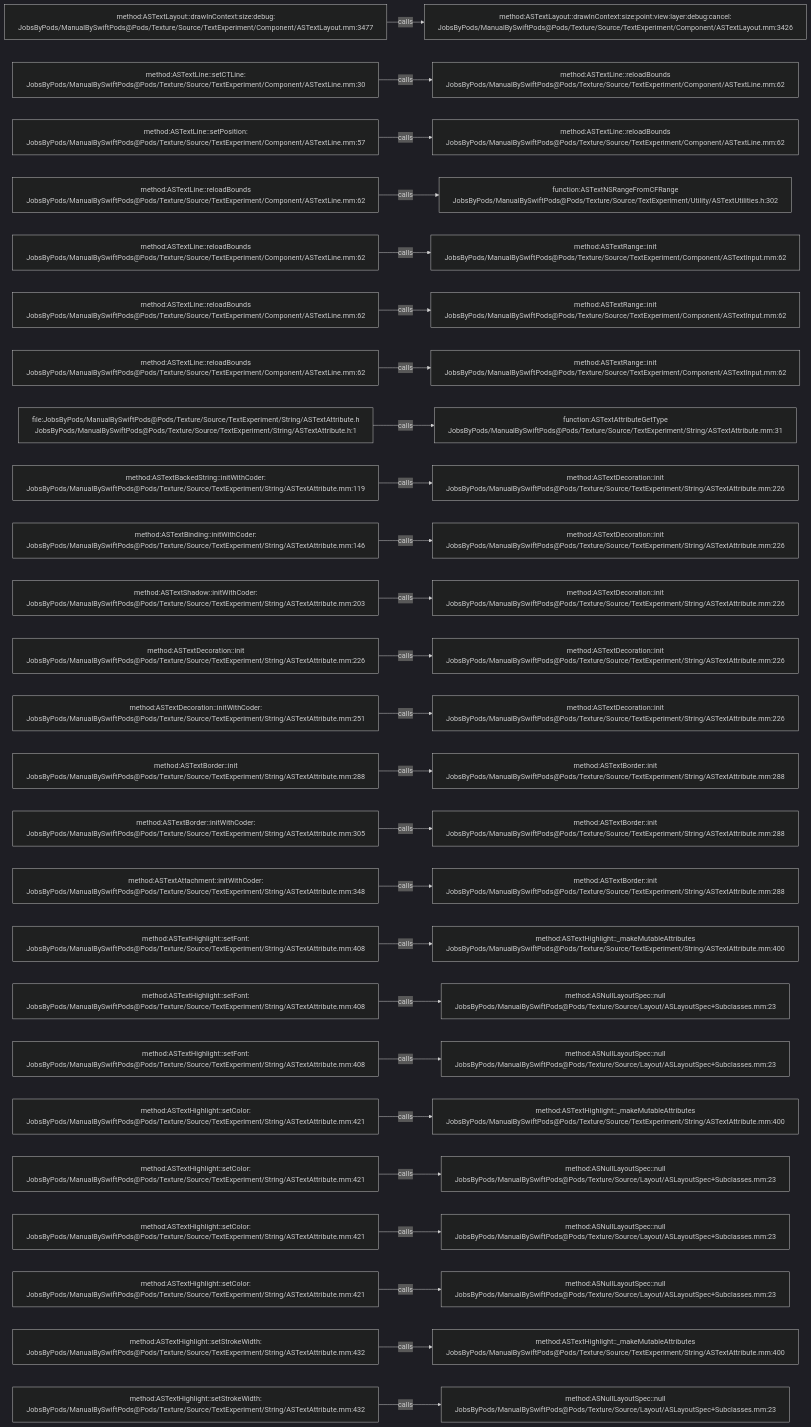
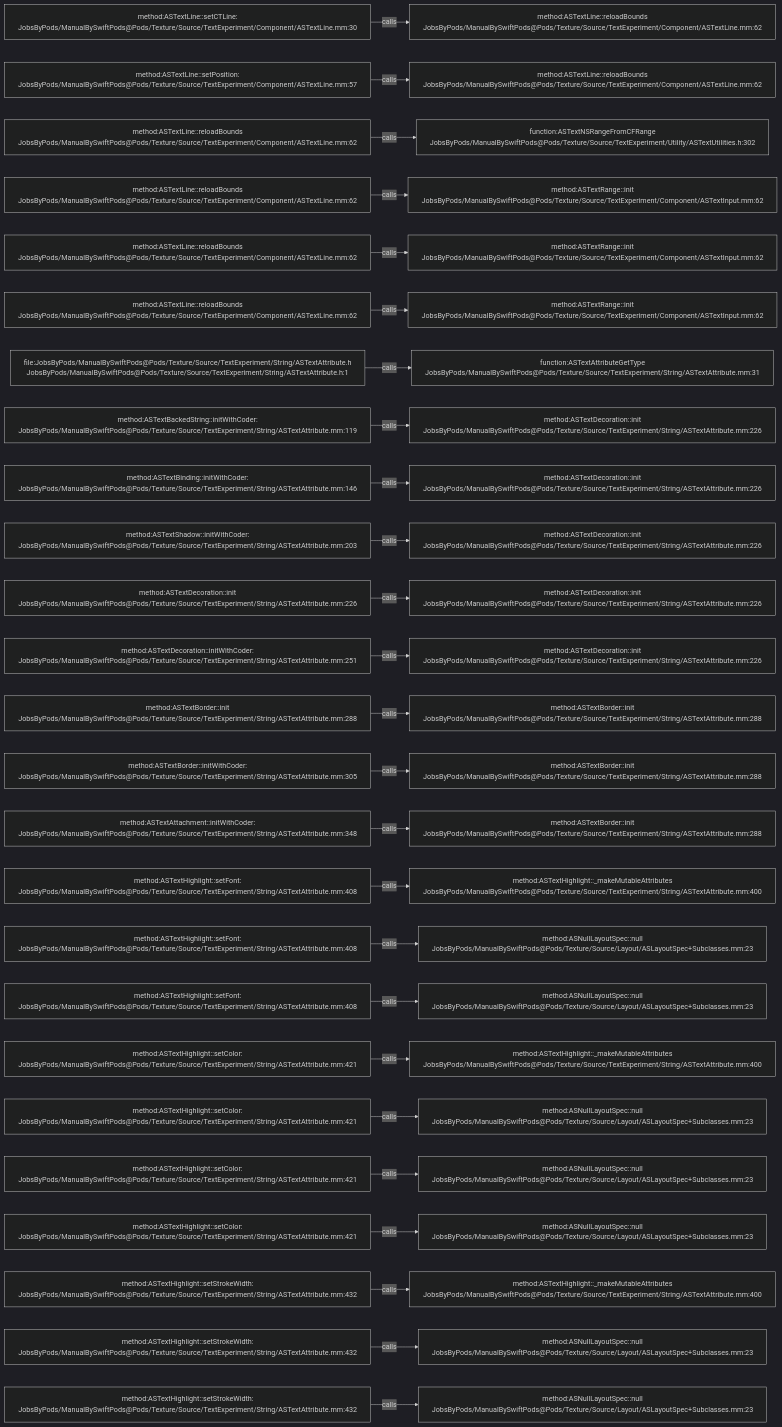
Before and after one commit to JobsKits/JobsSwiftBaseConfigDemo: the diagram in .codegraph/codegraph.md/graphs/calls-138.md, drawn with Mermaid (dark theme). The commit also changed 747 other files, not shown here.

````diff
--- a/.codegraph/codegraph.md/graphs/calls-138.md
+++ b/.codegraph/codegraph.md/graphs/calls-138.md
@@ -13,78 +13,78 @@
 ```mermaid
 flowchart LR
-  S1["method:ASTextLayout::drawInContext:size:debug:<br/>JobsByPods/ManualBySwiftPods@Pods/Texture/Source/TextExperiment/Component/ASTextLayout.mm:3477"]
-  T1["method:ASTextLayout::drawInContext:size:point:view:layer:debug:cancel:<br/>JobsByPods/ManualBySwiftPods@Pods/Texture/Source/TextExperiment/Component/ASTextLayout.mm:3426"]
+  S1["method:ASTextLine::setCTLine:<br/>JobsByPods/ManualBySwiftPods@Pods/Texture/Source/TextExperiment/Component/ASTextLine.mm:30"]
+  T1["method:ASTextLine::reloadBounds<br/>JobsByPods/ManualBySwiftPods@Pods/Texture/Source/TextExperiment/Component/ASTextLine.mm:62"]
   S1 -->|calls| T1
-  S2["method:ASTextLine::setCTLine:<br/>JobsByPods/ManualBySwiftPods@Pods/Texture/Source/TextExperiment/Component/ASTextLine.mm:30"]
+  S2["method:ASTextLine::setPosition:<br/>JobsByPods/ManualBySwiftPods@Pods/Texture/Source/TextExperiment/Component/ASTextLine.mm:57"]
   T2["method:ASTextLine::reloadBounds<br/>JobsByPods/ManualBySwiftPods@Pods/Texture/Source/TextExperiment/Component/ASTextLine.mm:62"]
   S2 -->|calls| T2
-  S3["method:ASTextLine::setPosition:<br/>JobsByPods/ManualBySwiftPods@Pods/Texture/Source/TextExperiment/Component/ASTextLine.mm:57"]
-  T3["method:ASTextLine::reloadBounds<br/>JobsByPods/ManualBySwiftPods@Pods/Texture/Source/TextExperiment/Component/ASTextLine.mm:62"]
+  S3["method:ASTextLine::reloadBounds<br/>JobsByPods/ManualBySwiftPods@Pods/Texture/Source/TextExperiment/Component/ASTextLine.mm:62"]
+  T3["function:ASTextNSRangeFromCFRange<br/>JobsByPods/ManualBySwiftPods@Pods/Texture/Source/TextExperiment/Utility/ASTextUtilities.h:302"]
   S3 -->|calls| T3
   S4["method:ASTextLine::reloadBounds<br/>JobsByPods/ManualBySwiftPods@Pods/Texture/Source/TextExperiment/Component/ASTextLine.mm:62"]
-  T4["function:ASTextNSRangeFromCFRange<br/>JobsByPods/ManualBySwiftPods@Pods/Texture/Source/TextExperiment/Utility/ASTextUtilities.h:302"]
+  T4["method:ASTextRange::init<br/>JobsByPods/ManualBySwiftPods@Pods/Texture/Source/TextExperiment/Component/ASTextInput.mm:62"]
   S4 -->|calls| T4
   S5["method:ASTextLine::reloadBounds<br/>JobsByPods/ManualBySwiftPods@Pods/Texture/Source/TextExperiment/Component/ASTextLine.mm:62"]
   T5["method:ASTextRange::init<br/>JobsByPods/ManualBySwiftPods@Pods/Texture/Source/TextExperiment/Component/ASTextInput.mm:62"]
   S5 -->|calls| T5
   S6["method:ASTextLine::reloadBounds<br/>JobsByPods/ManualBySwiftPods@Pods/Texture/Source/TextExperiment/Component/ASTextLine.mm:62"]
   T6["method:ASTextRange::init<br/>JobsByPods/ManualBySwiftPods@Pods/Texture/Source/TextExperiment/Component/ASTextInput.mm:62"]
   S6 -->|calls| T6
-  S7["method:ASTextLine::reloadBounds<br/>JobsByPods/ManualBySwiftPods@Pods/Texture/Source/TextExperiment/Component/ASTextLine.mm:62"]
-  T7["method:ASTextRange::init<br/>JobsByPods/ManualBySwiftPods@Pods/Texture/Source/TextExperiment/Component/ASTextInput.mm:62"]
+  S7["file:JobsByPods/ManualBySwiftPods@Pods/Texture/Source/TextExperiment/String/ASTextAttribute.h<br/>JobsByPods/ManualBySwiftPods@Pods/Texture/Source/TextExperiment/String/ASTextAttribute.h:1"]
+  T7["function:ASTextAttributeGetType<br/>JobsByPods/ManualBySwiftPods@Pods/Texture/Source/TextExperiment/String/ASTextAttribute.mm:31"]
   S7 -->|calls| T7
-  S8["file:JobsByPods/ManualBySwiftPods@Pods/Texture/Source/TextExperiment/String/ASTextAttribute.h<br/>JobsByPods/ManualBySwiftPods@Pods/Texture/Source/TextExperiment/String/ASTextAttribute.h:1"]
-  T8["function:ASTextAttributeGetType<br/>JobsByPods/ManualBySwiftPods@Pods/Texture/Source/TextExperiment/String/ASTextAttribute.mm:31"]
+  S8["method:ASTextBackedString::initWithCoder:<br/>JobsByPods/ManualBySwiftPods@Pods/Texture/Source/TextExperiment/String/ASTextAttribute.mm:119"]
+  T8["method:ASTextDecoration::init<br/>JobsByPods/ManualBySwiftPods@Pods/Texture/Source/TextExperiment/String/ASTextAttribute.mm:226"]
   S8 -->|calls| T8
-  S9["method:ASTextBackedString::initWithCoder:<br/>JobsByPods/ManualBySwiftPods@Pods/Texture/Source/TextExperiment/String/ASTextAttribute.mm:119"]
+  S9["method:ASTextBinding::initWithCoder:<br/>JobsByPods/ManualBySwiftPods@Pods/Texture/Source/TextExperiment/String/ASTextAttribute.mm:146"]
   T9["method:ASTextDecoration::init<br/>JobsByPods/ManualBySwiftPods@Pods/Texture/Source/TextExperiment/String/ASTextAttribute.mm:226"]
   S9 -->|calls| T9
-  S10["method:ASTextBinding::initWithCoder:<br/>JobsByPods/ManualBySwiftPods@Pods/Texture/Source/TextExperiment/String/ASTextAttribute.mm:146"]
+  S10["method:ASTextShadow::initWithCoder:<br/>JobsByPods/ManualBySwiftPods@Pods/Texture/Source/TextExperiment/String/ASTextAttribute.mm:203"]
   T10["method:ASTextDecoration::init<br/>JobsByPods/ManualBySwiftPods@Pods/Texture/Source/TextExperiment/String/ASTextAttribute.mm:226"]
   S10 -->|calls| T10
-  S11["method:ASTextShadow::initWithCoder:<br/>JobsByPods/ManualBySwiftPods@Pods/Texture/Source/TextExperiment/String/ASTextAttribute.mm:203"]
+  S11["method:ASTextDecoration::init<br/>JobsByPods/ManualBySwiftPods@Pods/Texture/Source/TextExperiment/String/ASTextAttribute.mm:226"]
   T11["method:ASTextDecoration::init<br/>JobsByPods/ManualBySwiftPods@Pods/Texture/Source/TextExperiment/String/ASTextAttribute.mm:226"]
   S11 -->|calls| T11
-  S12["method:ASTextDecoration::init<br/>JobsByPods/ManualBySwiftPods@Pods/Texture/Source/TextExperiment/String/ASTextAttribute.mm:226"]
+  S12["method:ASTextDecoration::initWithCoder:<br/>JobsByPods/ManualBySwiftPods@Pods/Texture/Source/TextExperiment/String/ASTextAttribute.mm:251"]
   T12["method:ASTextDecoration::init<br/>JobsByPods/ManualBySwiftPods@Pods/Texture/Source/TextExperiment/String/ASTextAttribute.mm:226"]
   S12 -->|calls| T12
-  S13["method:ASTextDecoration::initWithCoder:<br/>JobsByPods/ManualBySwiftPods@Pods/Texture/Source/TextExperiment/String/ASTextAttribute.mm:251"]
-  T13["method:ASTextDecoration::init<br/>JobsByPods/ManualBySwiftPods@Pods/Texture/Source/TextExperiment/String/ASTextAttribute.mm:226"]
+  S13["method:ASTextBorder::init<br/>JobsByPods/ManualBySwiftPods@Pods/Texture/Source/TextExperiment/String/ASTextAttribute.mm:288"]
+  T13["method:ASTextBorder::init<br/>JobsByPods/ManualBySwiftPods@Pods/Texture/Source/TextExperiment/String/ASTextAttribute.mm:288"]
   S13 -->|calls| T13
-  S14["method:ASTextBorder::init<br/>JobsByPods/ManualBySwiftPods@Pods/Texture/Source/TextExperiment/String/ASTextAttribute.mm:288"]
+  S14["method:ASTextBorder::initWithCoder:<br/>JobsByPods/ManualBySwiftPods@Pods/Texture/Source/TextExperiment/String/ASTextAttribute.mm:305"]
   T14["method:ASTextBorder::init<br/>JobsByPods/ManualBySwiftPods@Pods/Texture/Source/TextExperiment/String/ASTextAttribute.mm:288"]
   S14 -->|calls| T14
-  S15["method:ASTextBorder::initWithCoder:<br/>JobsByPods/ManualBySwiftPods@Pods/Texture/Source/TextExperiment/String/ASTextAttribute.mm:305"]
+  S15["method:ASTextAttachment::initWithCoder:<br/>JobsByPods/ManualBySwiftPods@Pods/Texture/Source/TextExperiment/String/ASTextAttribute.mm:348"]
   T15["method:ASTextBorder::init<br/>JobsByPods/ManualBySwiftPods@Pods/Texture/Source/TextExperiment/String/ASTextAttribute.mm:288"]
   S15 -->|calls| T15
-  S16["method:ASTextAttachment::initWithCoder:<br/>JobsByPods/ManualBySwiftPods@Pods/Texture/Source/TextExperiment/String/ASTextAttribute.mm:348"]
-  T16["method:ASTextBorder::init<br/>JobsByPods/ManualBySwiftPods@Pods/Texture/Source/TextExperiment/String/ASTextAttribute.mm:288"]
+  S16["method:ASTextHighlight::setFont:<br/>JobsByPods/ManualBySwiftPods@Pods/Texture/Source/TextExperiment/String/ASTextAttribute.mm:408"]
+  T16["method:ASTextHighlight::_makeMutableAttributes<br/>JobsByPods/ManualBySwiftPods@Pods/Texture/Source/TextExperiment/String/ASTextAttribute.mm:400"]
   S16 -->|calls| T16
   S17["method:ASTextHighlight::setFont:<br/>JobsByPods/ManualBySwiftPods@Pods/Texture/Source/TextExperiment/String/ASTextAttribute.mm:408"]
-  T17["method:ASTextHighlight::_makeMutableAttributes<br/>JobsByPods/ManualBySwiftPods@Pods/Texture/Source/TextExperiment/String/ASTextAttribute.mm:400"]
+  T17["method:ASNullLayoutSpec::null<br/>JobsByPods/ManualBySwiftPods@Pods/Texture/Source/Layout/ASLayoutSpec+Subclasses.mm:23"]
   S17 -->|calls| T17
   S18["method:ASTextHighlight::setFont:<br/>JobsByPods/ManualBySwiftPods@Pods/Texture/Source/TextExperiment/String/ASTextAttribute.mm:408"]
   T18["method:ASNullLayoutSpec::null<br/>JobsByPods/ManualBySwiftPods@Pods/Texture/Source/Layout/ASLayoutSpec+Subclasses.mm:23"]
   S18 -->|calls| T18
-  S19["method:ASTextHighlight::setFont:<br/>JobsByPods/ManualBySwiftPods@Pods/Texture/Source/TextExperiment/String/ASTextAttribute.mm:408"]
-  T19["method:ASNullLayoutSpec::null<br/>JobsByPods/ManualBySwiftPods@Pods/Texture/Source/Layout/ASLayoutSpec+Subclasses.mm:23"]
+  S19["method:ASTextHighlight::setColor:<br/>JobsByPods/ManualBySwiftPods@Pods/Texture/Source/TextExperiment/String/ASTextAttribute.mm:421"]
+  T19["method:ASTextHighlight::_makeMutableAttributes<br/>JobsByPods/ManualBySwiftPods@Pods/Texture/Source/TextExperiment/String/ASTextAttribute.mm:400"]
   S19 -->|calls| T19
   S20["method:ASTextHighlight::setColor:<br/>JobsByPods/ManualBySwiftPods@Pods/Texture/Source/TextExperiment/String/ASTextAttribute.mm:421"]
-  T20["method:ASTextHighlight::_makeMutableAttributes<br/>JobsByPods/ManualBySwiftPods@Pods/Texture/Source/TextExperiment/String/ASTextAttribute.mm:400"]
+  T20["method:ASNullLayoutSpec::null<br/>JobsByPods/ManualBySwiftPods@Pods/Texture/Source/Layout/ASLayoutSpec+Subclasses.mm:23"]
   S20 -->|calls| T20
   S21["method:ASTextHighlight::setColor:<br/>JobsByPods/ManualBySwiftPods@Pods/Texture/Source/TextExperiment/String/ASTextAttribute.mm:421"]
   T21["method:ASNullLayoutSpec::null<br/>JobsByPods/ManualBySwiftPods@Pods/Texture/Source/Layout/ASLayoutSpec+Subclasses.mm:23"]
   S21 -->|calls| T21
   S22["method:ASTextHighlight::setColor:<br/>JobsByPods/ManualBySwiftPods@Pods/Texture/Source/TextExperiment/String/ASTextAttribute.mm:421"]
   T22["method:ASNullLayoutSpec::null<br/>JobsByPods/ManualBySwiftPods@Pods/Texture/Source/Layout/ASLayoutSpec+Subclasses.mm:23"]
   S22 -->|calls| T22
-  S23["method:ASTextHighlight::setColor:<br/>JobsByPods/ManualBySwiftPods@Pods/Texture/Source/TextExperiment/String/ASTextAttribute.mm:421"]
-  T23["method:ASNullLayoutSpec::null<br/>JobsByPods/ManualBySwiftPods@Pods/Texture/Source/Layout/ASLayoutSpec+Subclasses.mm:23"]
+  S23["method:ASTextHighlight::setStrokeWidth:<br/>JobsByPods/ManualBySwiftPods@Pods/Texture/Source/TextExperiment/String/ASTextAttribute.mm:432"]
+  T23["method:ASTextHighlight::_makeMutableAttributes<br/>JobsByPods/ManualBySwiftPods@Pods/Texture/Source/TextExperiment/String/ASTextAttribute.mm:400"]
   S23 -->|calls| T23
   S24["method:ASTextHighlight::setStrokeWidth:<br/>JobsByPods/ManualBySwiftPods@Pods/Texture/Source/TextExperiment/String/ASTextAttribute.mm:432"]
-  T24["method:ASTextHighlight::_makeMutableAttributes<br/>JobsByPods/ManualBySwiftPods@Pods/Texture/Source/TextExperiment/String/ASTextAttribute.mm:400"]
+  T24["method:ASNullLayoutSpec::null<br/>JobsByPods/ManualBySwiftPods@Pods/Texture/Source/Layout/ASLayoutSpec+Subclasses.mm:23"]
   S24 -->|calls| T24
   S25["method:ASTextHighlight::setStrokeWidth:<br/>JobsByPods/ManualBySwiftPods@Pods/Texture/Source/TextExperiment/String/ASTextAttribute.mm:432"]
   T25["method:ASNullLayoutSpec::null<br/>JobsByPods/ManualBySwiftPods@Pods/Texture/Source/Layout/ASLayoutSpec+Subclasses.mm:23"]
   S25 -->|calls| T25
 ```
````
